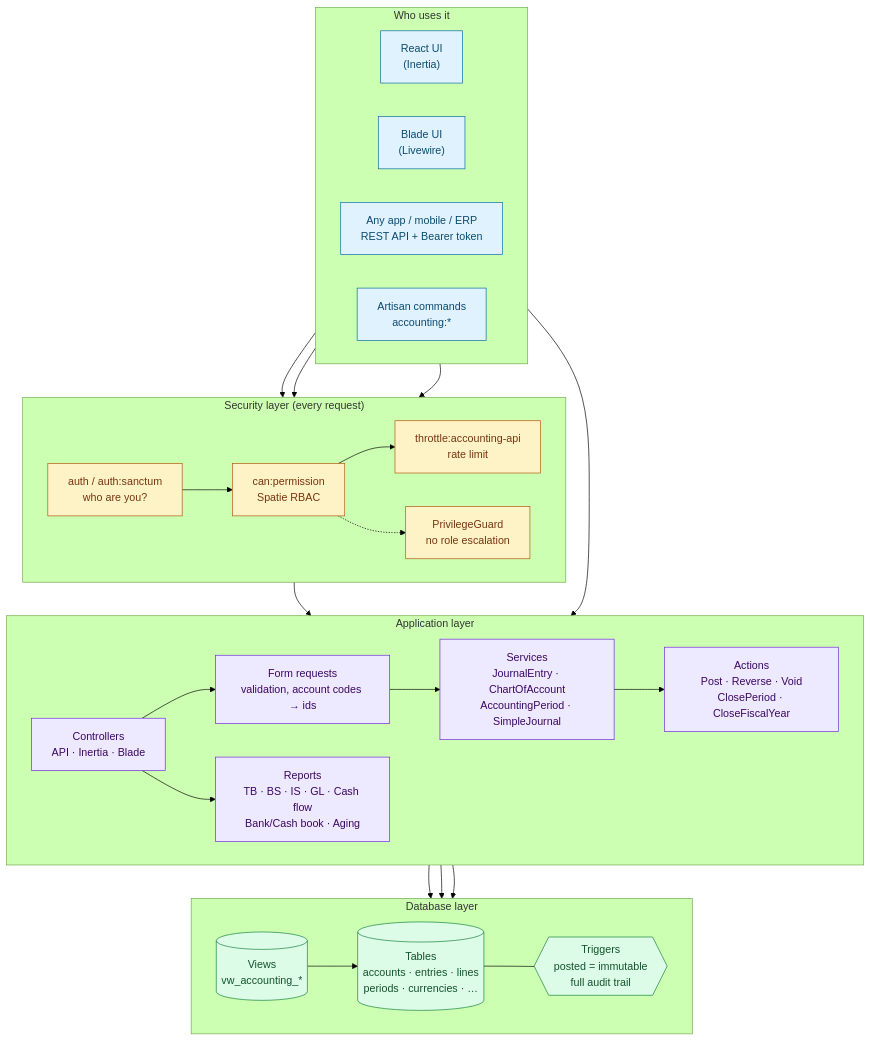
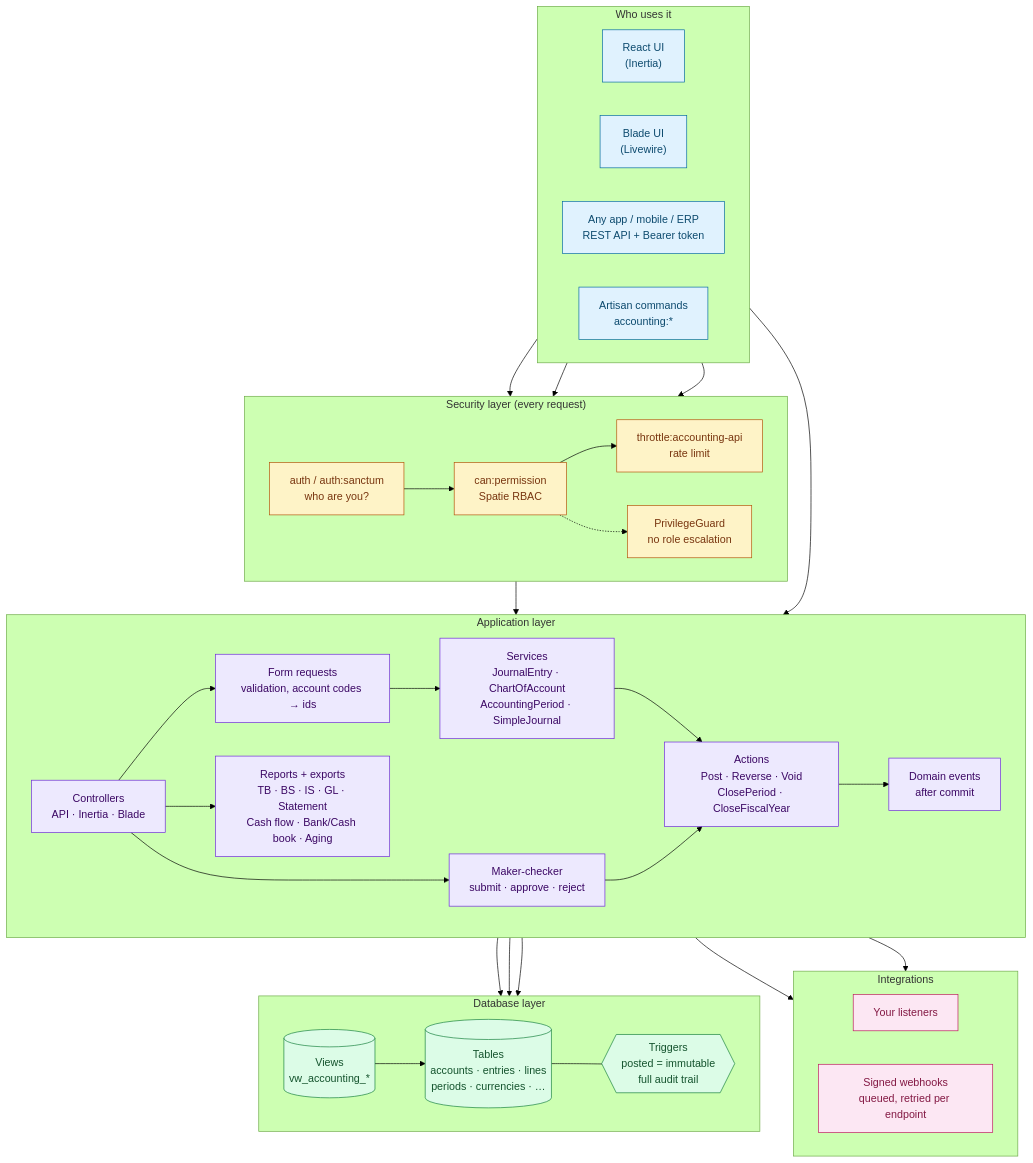
The diagram in docs/diagrams/01-architecture.mmd (alimarchal/laravel-chart-of-accounts-package), drawn with Mermaid (forest theme) before and after one commit. The commit also changed 43 other files, not shown here.

First line of the commit message:
Paginated cash flow, one-command upgrades, docs for 2.1

```diff
--- a/docs/diagrams/01-architecture.mmd
+++ b/docs/diagrams/01-architecture.mmd
@@ -1,54 +1,68 @@
 flowchart TB
     subgraph Clients["Who uses it"]
         direction LR
         UIR["React UI<br/>(Inertia)"]
         UIB["Blade UI<br/>(Livewire)"]
         EXT["Any app / mobile / ERP<br/>REST API + Bearer token"]
         CLI["Artisan commands<br/>accounting:*"]
     end
 
     subgraph Gate["Security layer (every request)"]
         direction LR
         AUTH["auth / auth:sanctum<br/>who are you?"]
         PERM["can:permission<br/>Spatie RBAC"]
         THR["throttle:accounting-api<br/>rate limit"]
         PG["PrivilegeGuard<br/>no role escalation"]
     end
 
     subgraph App["Application layer"]
         direction LR
         CTRL["Controllers<br/>API · Inertia · Blade"]
         REQ["Form requests<br/>validation, account codes → ids"]
         SVC["Services<br/>JournalEntry · ChartOfAccount<br/>AccountingPeriod · SimpleJournal"]
         ACT["Actions<br/>Post · Reverse · Void<br/>ClosePeriod · CloseFiscalYear"]
-        REP["Reports<br/>TB · BS · IS · GL · Cash flow<br/>Bank/Cash book · Aging"]
+        REP["Reports + exports<br/>TB · BS · IS · GL · Statement<br/>Cash flow · Bank/Cash book · Aging"]
+        APR["Maker-checker<br/>submit · approve · reject"]
+        EVT["Domain events<br/>after commit"]
+    end
+
+    subgraph Out["Integrations"]
+        direction LR
+        LSN["Your listeners"]
+        WH["Signed webhooks<br/>queued, retried per endpoint"]
     end
 
     subgraph Data["Database layer"]
         direction LR
         TBL[("Tables<br/>accounts · entries · lines<br/>periods · currencies · …")]
         TRG{{"Triggers<br/>posted = immutable<br/>full audit trail"}}
         VW[("Views<br/>vw_accounting_*")]
     end
 
     UIR --> AUTH
     UIB --> AUTH
     EXT --> AUTH
     AUTH --> PERM --> THR --> CTRL
     PERM -.-> PG
     CLI --> ACT
     CTRL --> REQ --> SVC --> ACT
+    CTRL --> APR --> ACT
     CTRL --> REP
+    ACT --> EVT
+    EVT --> LSN
+    EVT --> WH
     ACT --> TBL
     SVC --> TBL
     REP --> VW --> TBL
     TBL --- TRG
 
     classDef client fill:#e0f2fe,stroke:#0369a1,color:#0c4a6e
     classDef gate fill:#fef3c7,stroke:#b45309,color:#78350f
     classDef app fill:#ede9fe,stroke:#6d28d9,color:#3b0764
     classDef data fill:#dcfce7,stroke:#15803d,color:#14532d
     class UIR,UIB,EXT,CLI client
     class AUTH,PERM,THR,PG gate
-    class CTRL,REQ,SVC,ACT,REP app
+    class CTRL,REQ,SVC,ACT,REP,APR,EVT app
+    classDef out fill:#fce7f3,stroke:#be185d,color:#831843
+    class LSN,WH out
     class TBL,TRG,VW data
```
